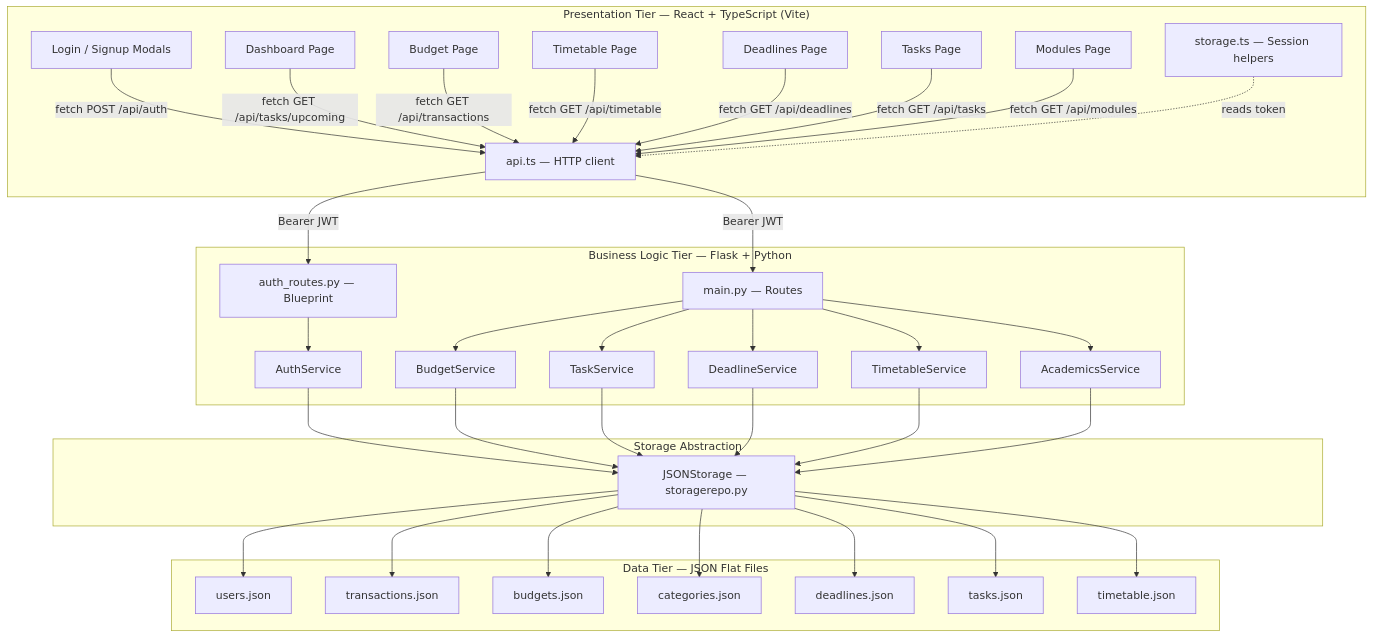
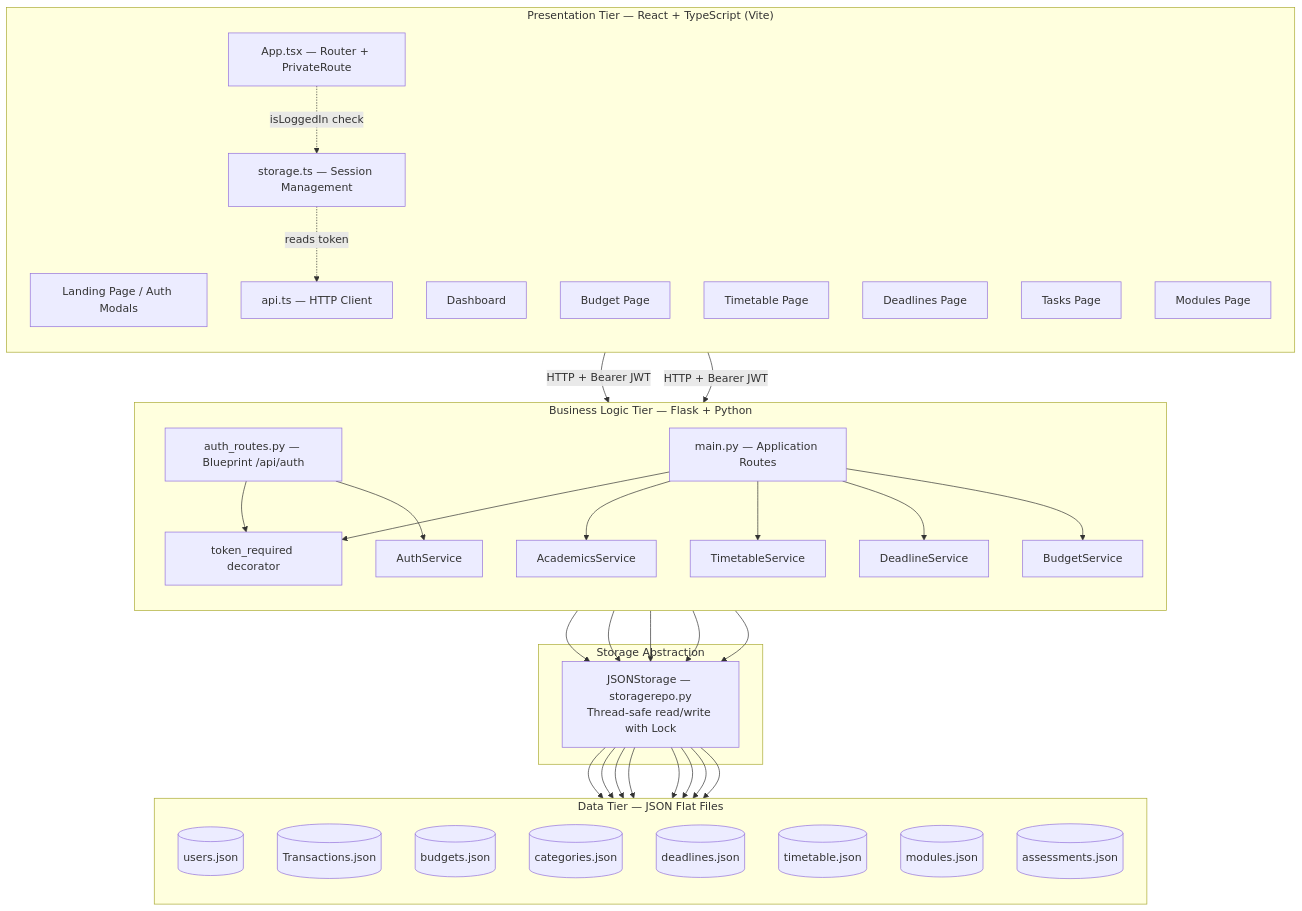
The diagram in docs/system-modelling/architecture.md (Tomas-l-santos/Student-Life-Manager), drawn with Mermaid before and after one commit. The commit also changed other lines of this file, not shown here.

Commit message:
docs(architecture.md): layered system architecture diagram

````diff
--- a/docs/system-modelling/architecture.md
+++ b/docs/system-modelling/architecture.md
@@ -1,74 +11,72 @@
 ```mermaid
 graph TB
     subgraph Presentation ["Presentation Tier — React + TypeScript (Vite)"]
-        A[Login / Signup Modals]
-        B[Dashboard Page]
-        C[Budget Page]
-        D[Timetable Page]
-        E[Deadlines Page]
-        F[Tasks Page]
-        G[Modules Page]
-        H[api.ts — HTTP client]
-        I[storage.ts — Session helpers]
+        direction TB
+        P1[Landing Page / Auth Modals]
+        P2[Dashboard]
+        P3[Budget Page]
+        P4[Timetable Page]
+        P5[Deadlines Page]
+        P6[Tasks Page]
+        P7[Modules Page]
+        P8[api.ts — HTTP Client]
+        P9[storage.ts — Session Management]
+        P10[App.tsx — Router + PrivateRoute]
     end
 
     subgraph Business ["Business Logic Tier — Flask + Python"]
-        J[auth_routes.py — Blueprint]
-        K[main.py — Routes]
-        L[AuthService]
-        M[BudgetService]
-        N[TaskService]
-        O[DeadlineService]
-        P[TimetableService]
-        Q[AcademicsService]
+        direction TB
+        B1[auth_routes.py — Blueprint /api/auth]
+        B2[main.py — Application Routes]
+        B3[AuthService]
+        B4[BudgetService]
+        B5[DeadlineService]
+        B6[TimetableService]
+        B7[AcademicsService]
+        B8[token_required decorator]
     end
 
     subgraph Data ["Data Tier — JSON Flat Files"]
-        R[users.json]
-        S[transactions.json]
-        T[budgets.json]
-        U[categories.json]
-        V[deadlines.json]
-        W[tasks.json]
-        X[timetable.json]
+        direction TB
+        D1[(users.json)]
+        D2[(Transactions.json)]
+        D3[(budgets.json)]
+        D4[(categories.json)]
+        D5[(deadlines.json)]
+        D6[(timetable.json)]
+        D7[(modules.json)]
+        D8[(assessments.json)]
     end
 
     subgraph Storage ["Storage Abstraction"]
-        Y[JSONStorage — storagerepo.py]
+        S1[JSONStorage — storagerepo.py\nThread-safe read/write with Lock]
     end
 
-    A -->|fetch POST /api/auth| H
-    B -->|fetch GET /api/tasks/upcoming| H
-    C -->|fetch GET /api/transactions| H
-    D -->|fetch GET /api/timetable| H
-    E -->|fetch GET /api/deadlines| H
-    F -->|fetch GET /api/tasks| H
-    G -->|fetch GET /api/modules| H
+    P8 -->|"HTTP + Bearer JWT"| B1
+    P8 -->|"HTTP + Bearer JWT"| B2
+    P9 -.->|reads token| P8
+    P10 -.->|isLoggedIn check| P9
 
-    H -->|Bearer JWT| J
-    H -->|Bearer JWT| K
+    B1 --> B3
+    B2 --> B4
+    B2 --> B5
+    B2 --> B6
+    B2 --> B7
+    B1 --> B8
+    B2 --> B8
 
-    J --> L
-    K --> M
-    K --> N
-    K --> O
-    K --> P
-    K --> Q
+    B3 --> S1
+    B4 --> S1
+    B5 --> S1
+    B6 --> S1
+    B7 --> S1
 
-    L --> Y
-    M --> Y
-    N --> Y
-    O --> Y
-    P --> Y
-    Q --> Y
-
-    Y --> R
-    Y --> S
-    Y --> T
-    Y --> U
-    Y --> V
-    Y --> W
-    Y --> X
-
-    I -.->|reads token| H
+    S1 --> D1
+    S1 --> D2
+    S1 --> D3
+    S1 --> D4
+    S1 --> D5
+    S1 --> D6
+    S1 --> D7
+    S1 --> D8
 ```
````
